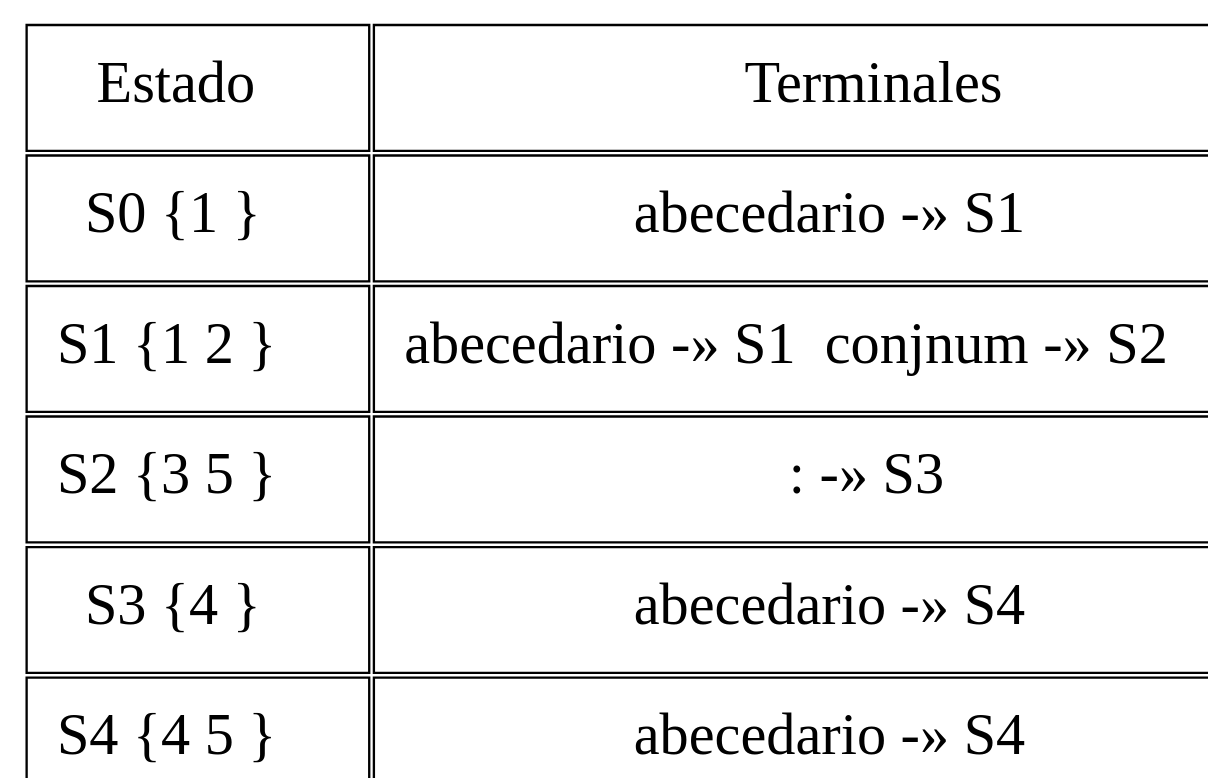
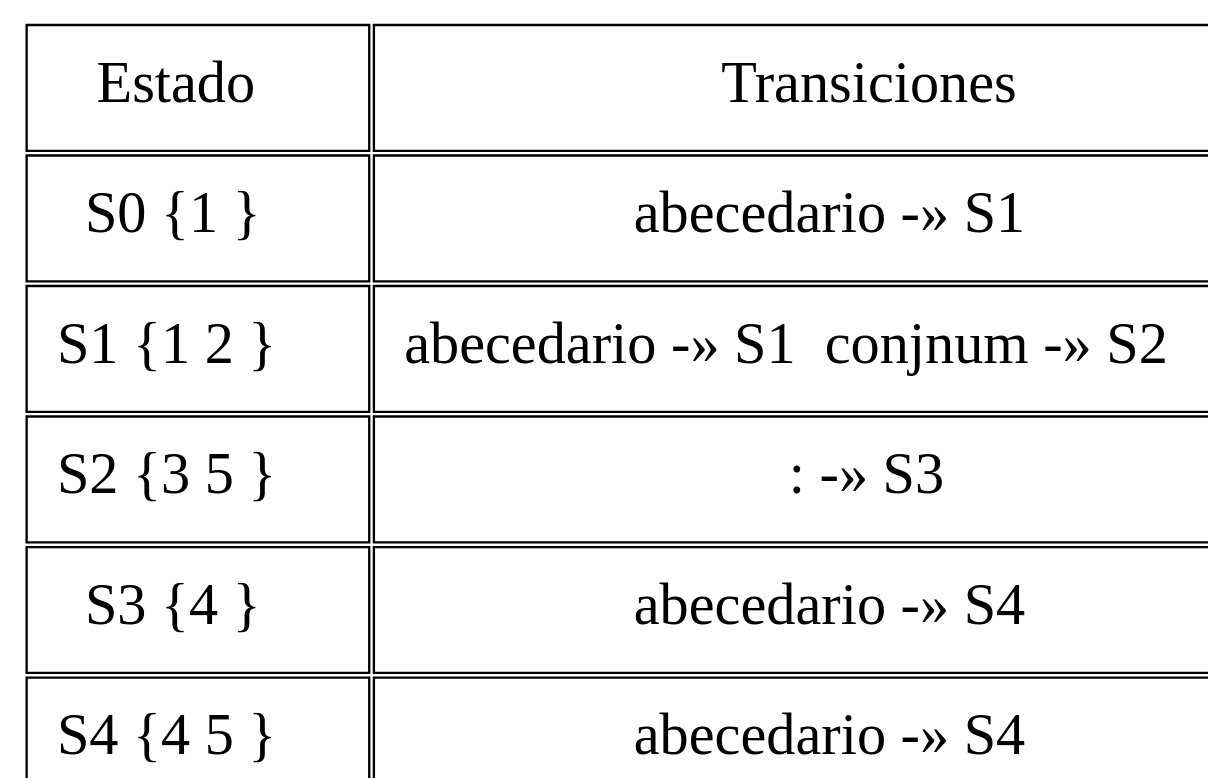
The diagram in trans_Expresion2.dot (montherbasir/Practica1_OLC1), drawn with Graphviz before and after one commit. The commit also changed 30 other files, not shown here.

```diff
--- a/trans_Expresion2.dot
+++ b/trans_Expresion2.dot
@@ -1,15 +1,15 @@
 digraph {
 splines="line";
 rankdir = TB;
 node [shape=plain, height=0.5, width=1.5, fontsize=25];
 graph[dpi=90];
 
 N [label=<
 <table border="0" cellborder="1" cellpadding="12">
-  <tr><td>Estado</td><td colspan="4">Terminales</td></tr>  <tr><td>S0 {1 }</td><td>abecedario -» S1  </td></tr>
+  <tr><td>Estado</td><td colspan="4">Transiciones</td></tr>  <tr><td>S0 {1 }</td><td>abecedario -» S1  </td></tr>
   <tr><td>S1 {1 2 }</td><td>abecedario -» S1  conjnum -» S2  </td></tr>
   <tr><td>S2 {3 5 }</td><td>: -» S3  </td></tr>
   <tr><td>S3 {4 }</td><td>abecedario -» S4  </td></tr>
   <tr><td>S4 {4 5 }</td><td>abecedario -» S4  </td></tr>
 </table>>];
 }
```
